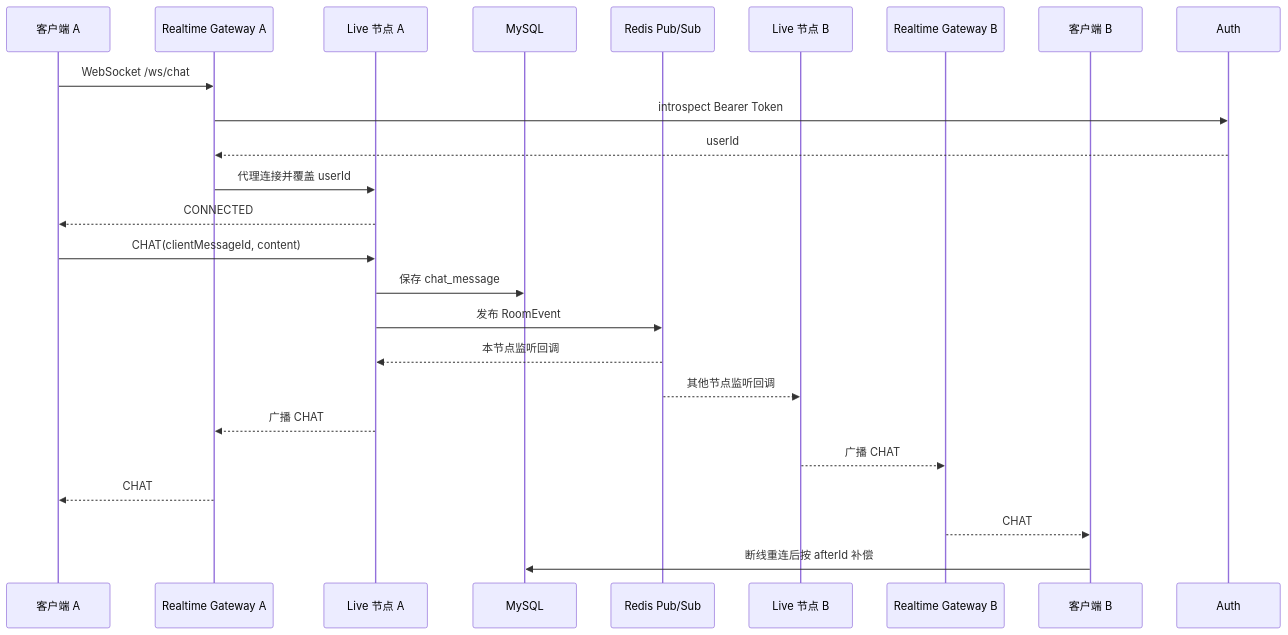
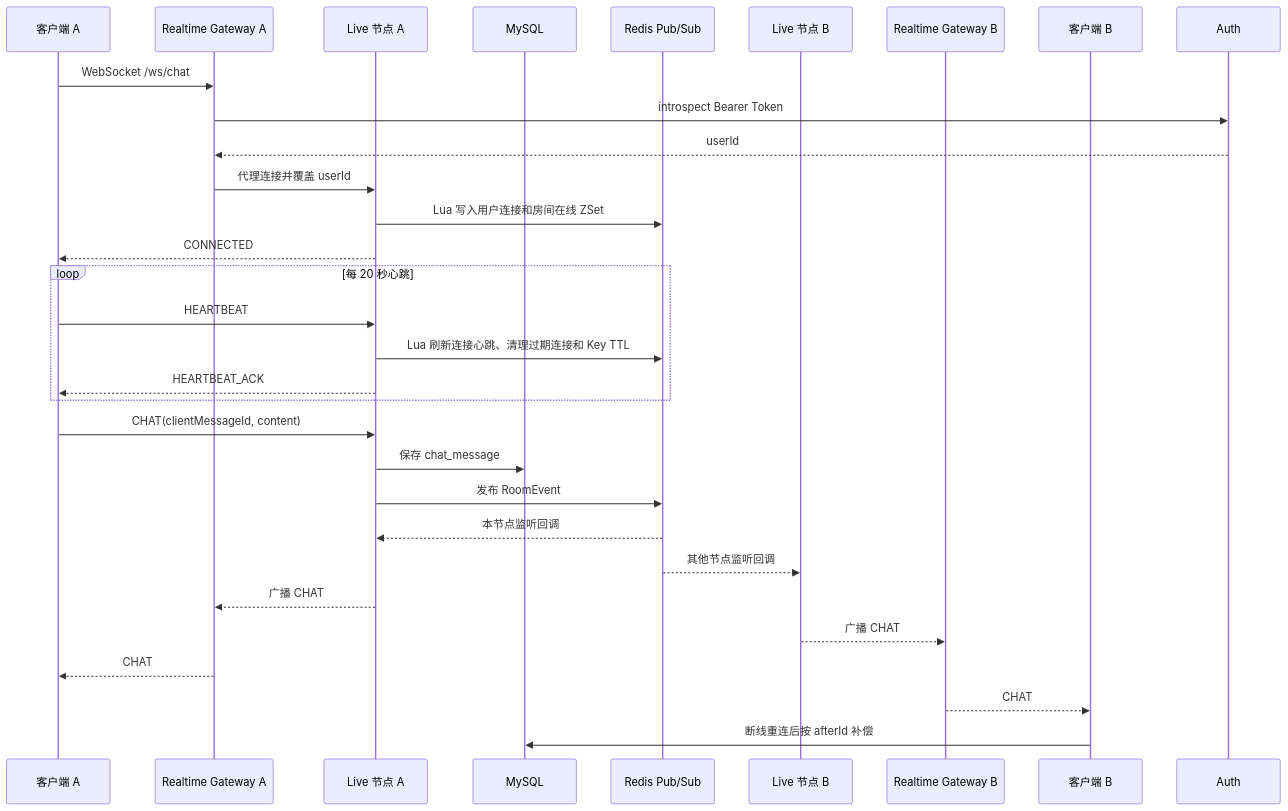
Before and after one commit to jeannie-jy/StreamHub: the first of 3 diagrams in docs/sequences.md, drawn with Mermaid. The commit also changed other lines of this file and 5 other files, not shown here.

```diff
--- a/docs/sequences.md
+++ b/docs/sequences.md
@@ -5,27 +5,33 @@
 ~~~mermaid
 sequenceDiagram
     participant C1 as 客户端 A
     participant G1 as Realtime Gateway A
     participant L1 as Live 节点 A
     participant DB as MySQL
     participant R as Redis Pub/Sub
     participant L2 as Live 节点 B
     participant G2 as Realtime Gateway B
     participant C2 as 客户端 B
 
     C1->>G1: WebSocket /ws/chat
     G1->>Auth: introspect Bearer Token
     Auth-->>G1: userId
     G1->>L1: 代理连接并覆盖 userId
+    L1->>R: Lua 写入用户连接和房间在线 ZSet
     L1-->>C1: CONNECTED
+    loop 每 20 秒心跳
+        C1->>L1: HEARTBEAT
+        L1->>R: Lua 刷新连接心跳、清理过期连接和 Key TTL
+        L1-->>C1: HEARTBEAT_ACK
+    end
     C1->>L1: CHAT(clientMessageId, content)
     L1->>DB: 保存 chat_message
     L1->>R: 发布 RoomEvent
     R-->>L1: 本节点监听回调
     R-->>L2: 其他节点监听回调
     L1-->>G1: 广播 CHAT
     L2-->>G2: 广播 CHAT
     G1-->>C1: CHAT
     G2-->>C2: CHAT
     C2->>DB: 断线重连后按 afterId 补偿
 ~~~
```
